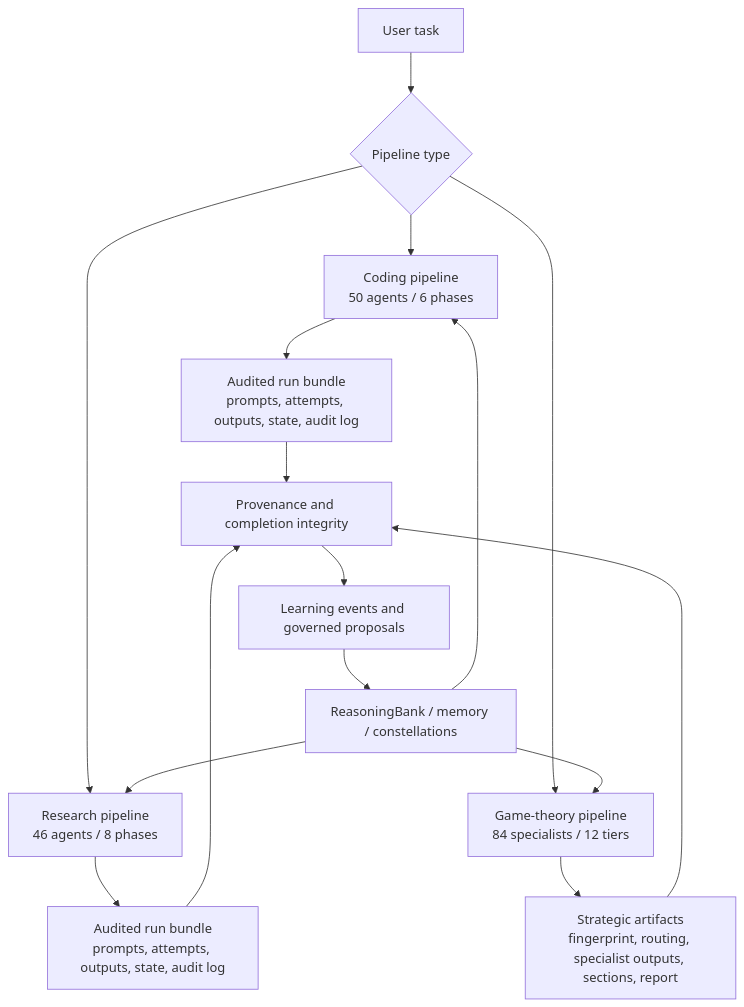
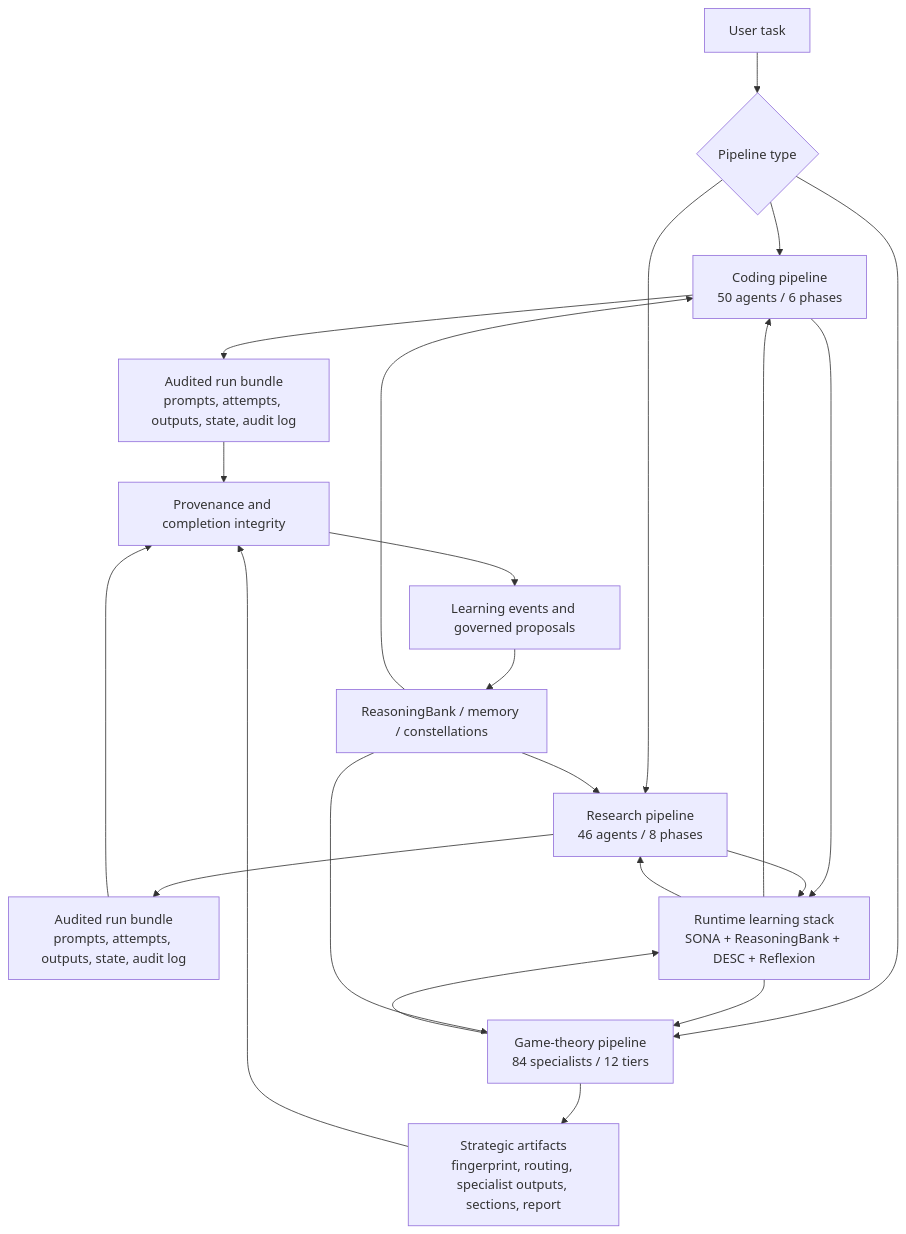
Before and after one commit to ste-bah/archon-cli: the diagram in docs/architecture/pipelines.md, drawn with Mermaid. The commit also changed other lines of this file and 31 other files, not shown here.

Commit message:
Wire learning stack through pipelines and gametheory [skip ci]

````diff
--- a/docs/architecture/pipelines.md
+++ b/docs/architecture/pipelines.md
@@ -10,20 +10,27 @@
 ```mermaid
 flowchart TB
     USER["User task"] --> CHOOSE{"Pipeline type"}
     CHOOSE --> CODE["Coding pipeline<br/>50 agents / 6 phases"]
     CHOOSE --> RESEARCH["Research pipeline<br/>46 agents / 8 phases"]
     CHOOSE --> GT["Game-theory pipeline<br/>84 specialists / 12 tiers"]
 
     CODE --> ART["Audited run bundle<br/>prompts, attempts, outputs, state, audit log"]
     RESEARCH --> PAPERS["Audited run bundle<br/>prompts, attempts, outputs, state, audit log"]
     GT --> STRAT["Strategic artifacts<br/>fingerprint, routing, specialist outputs, sections, report"]
 
+    CODE --> LEARNCTX["Runtime learning stack<br/>SONA + ReasoningBank + DESC + Reflexion"]
+    RESEARCH --> LEARNCTX
+    GT --> LEARNCTX
+    LEARNCTX --> CODE
+    LEARNCTX --> RESEARCH
+    LEARNCTX --> GT
+
     ART --> PROV["Provenance and completion integrity"]
     PAPERS --> PROV
     STRAT --> PROV
     PROV --> LEARN["Learning events and governed proposals"]
     LEARN --> RB["ReasoningBank / memory / constellations"]
     RB --> CODE
     RB --> RESEARCH
     RB --> GT
 ```
````
